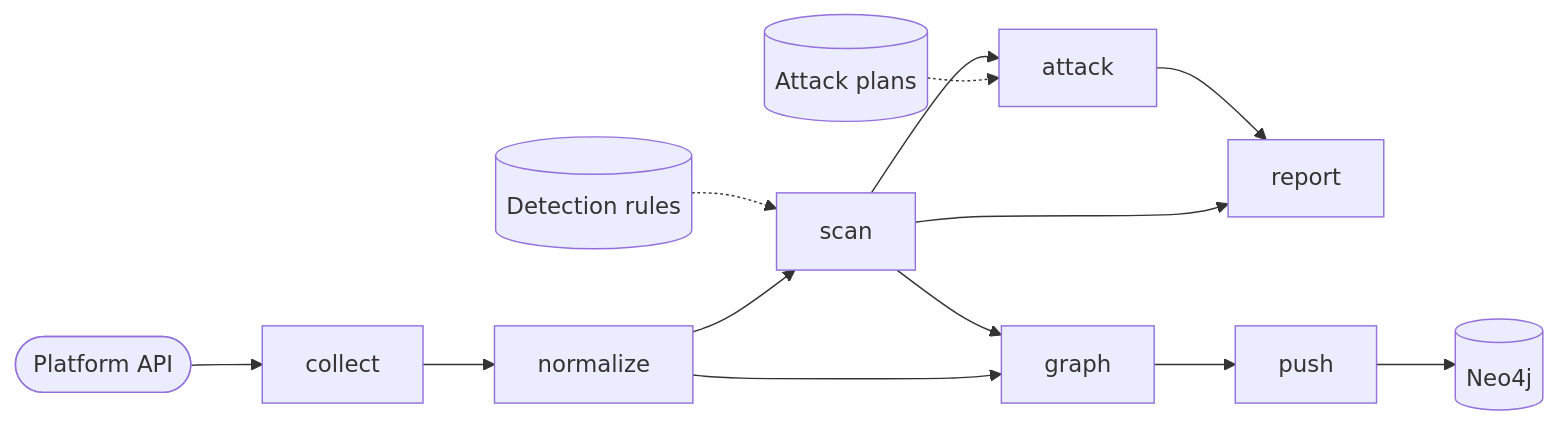
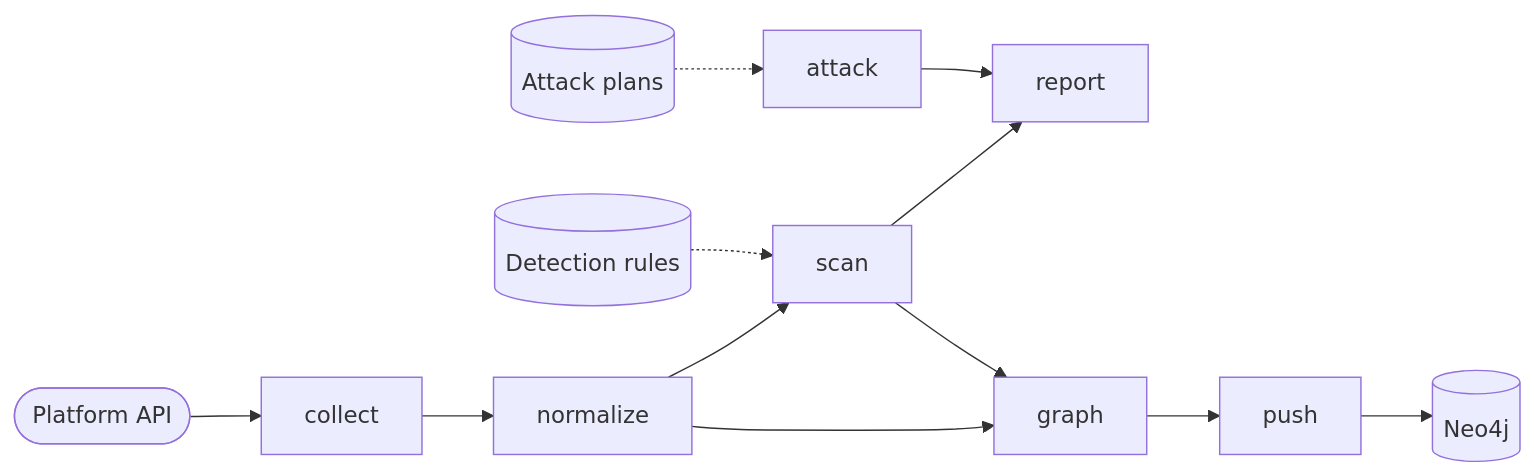
Before and after one commit to praetorian-inc/trajan: the diagram in README.md, drawn with Mermaid.

Commit message:
docs: drop scan-to-attack edge from architecture diagram

````diff
--- a/README.md
+++ b/README.md
@@ -177,16 +177,15 @@
 ```mermaid
 flowchart LR
   API([Platform API]) --> Collect[collect]
   Collect --> Normalize[normalize]
   Normalize --> Scan[scan]
   Scan --> Report[report]
 
   Rules[(Detection rules)] -.-> Scan
   Plans[(Attack plans)] -.-> Attack
 
   Normalize --> Graph[graph]
   Scan --> Graph
-  Scan --> Attack[attack]
-  Attack --> Report
+  Attack[attack] --> Report
   Graph --> Push[push] --> Neo4j[(Neo4j)]
 ```
````
